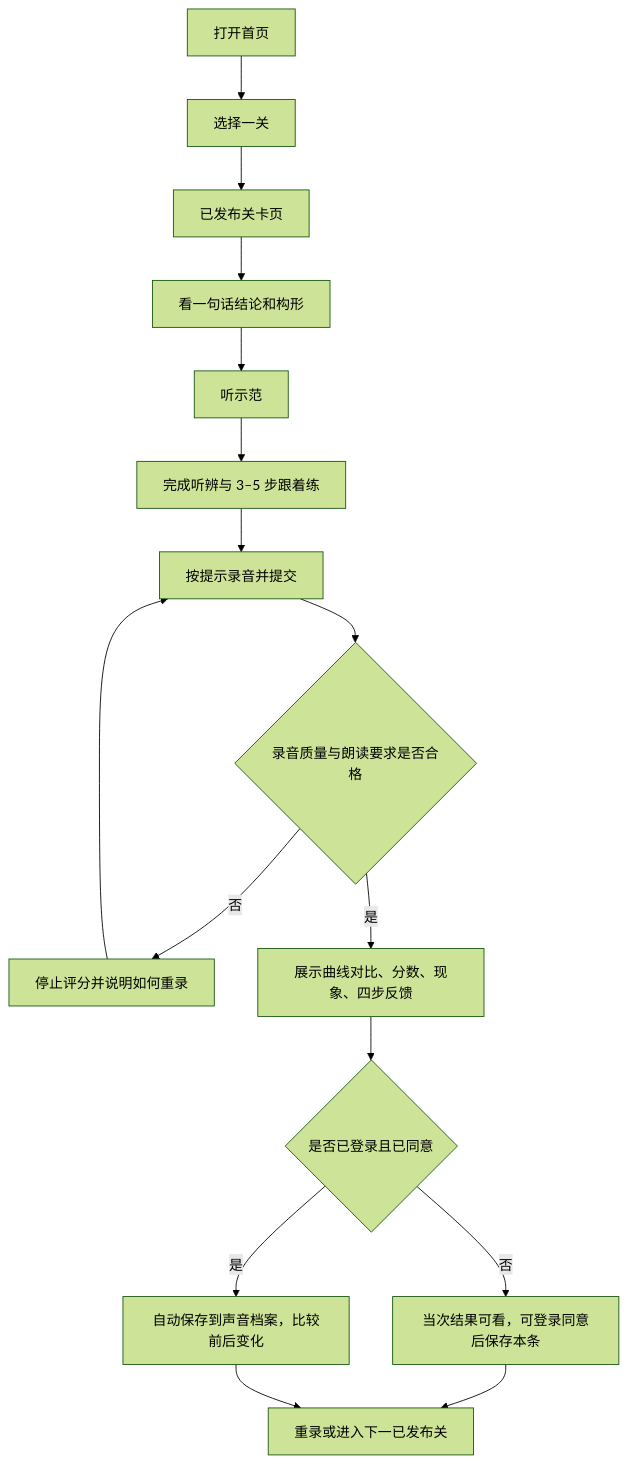
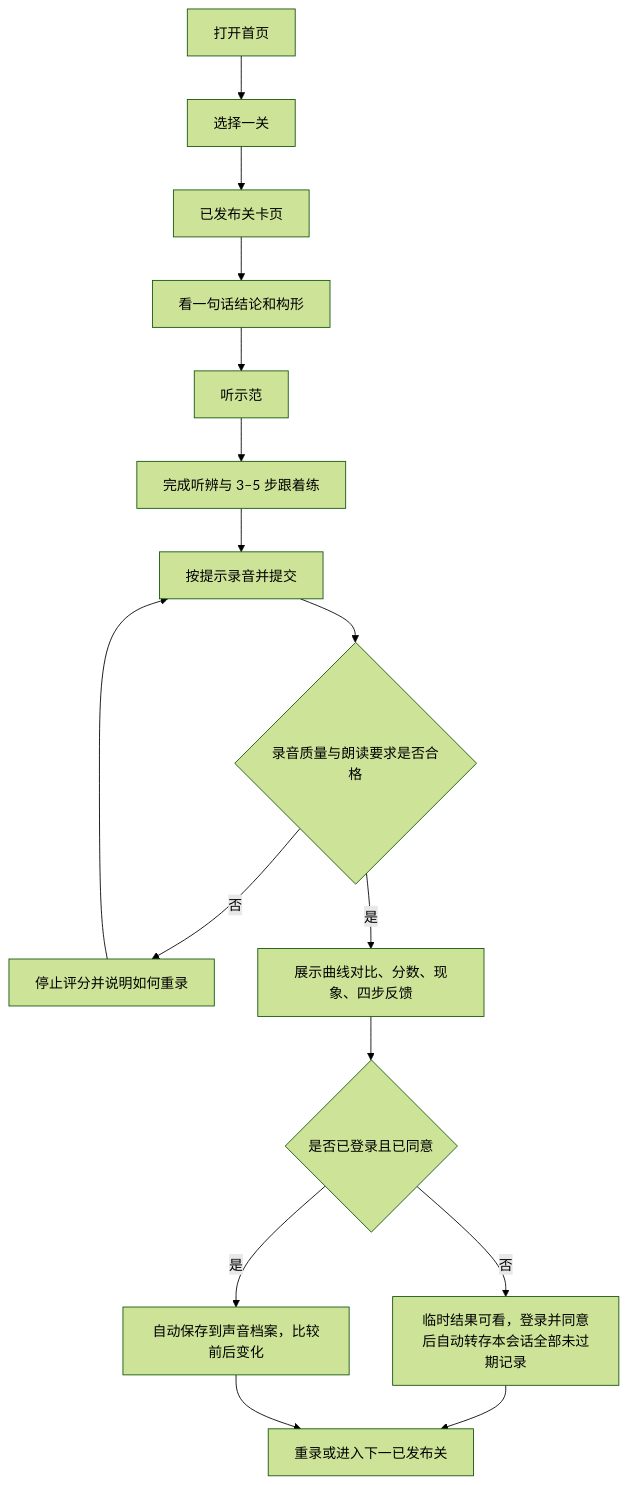
Before and after one commit to teke123/sound-visualizer-learning-: the diagram in docs/srs/README.md, drawn with Mermaid (forest theme). The commit also changed other lines of this file and 14 other files, not shown here.

````diff
--- a/docs/srs/README.md
+++ b/docs/srs/README.md
@@ -43,18 +48,18 @@
 ```mermaid
 flowchart TD
     A[打开首页] --> B[选择一关]
     B --> C[已发布关卡页]
     C --> D[看一句话结论和构形]
     D --> E[听示范]
     E --> F[完成听辨与 3–5 步跟着练]
     F --> I[按提示录音并提交]
     I --> J{录音质量与朗读要求是否合格}
     J -- 否 --> K[停止评分并说明如何重录]
     K --> I
     J -- 是 --> L[展示曲线对比、分数、现象、四步反馈]
     L --> N{是否已登录且已同意}
-    N -- 否 --> O[当次结果可看，可登录同意后保存本条]
+    N -- 否 --> O[临时结果可看，登录并同意后自动转存本会话全部未过期记录]
     N -- 是 --> P[自动保存到声音档案，比较前后变化]
     O --> M[重录或进入下一已发布关]
     P --> M
 ```
````
